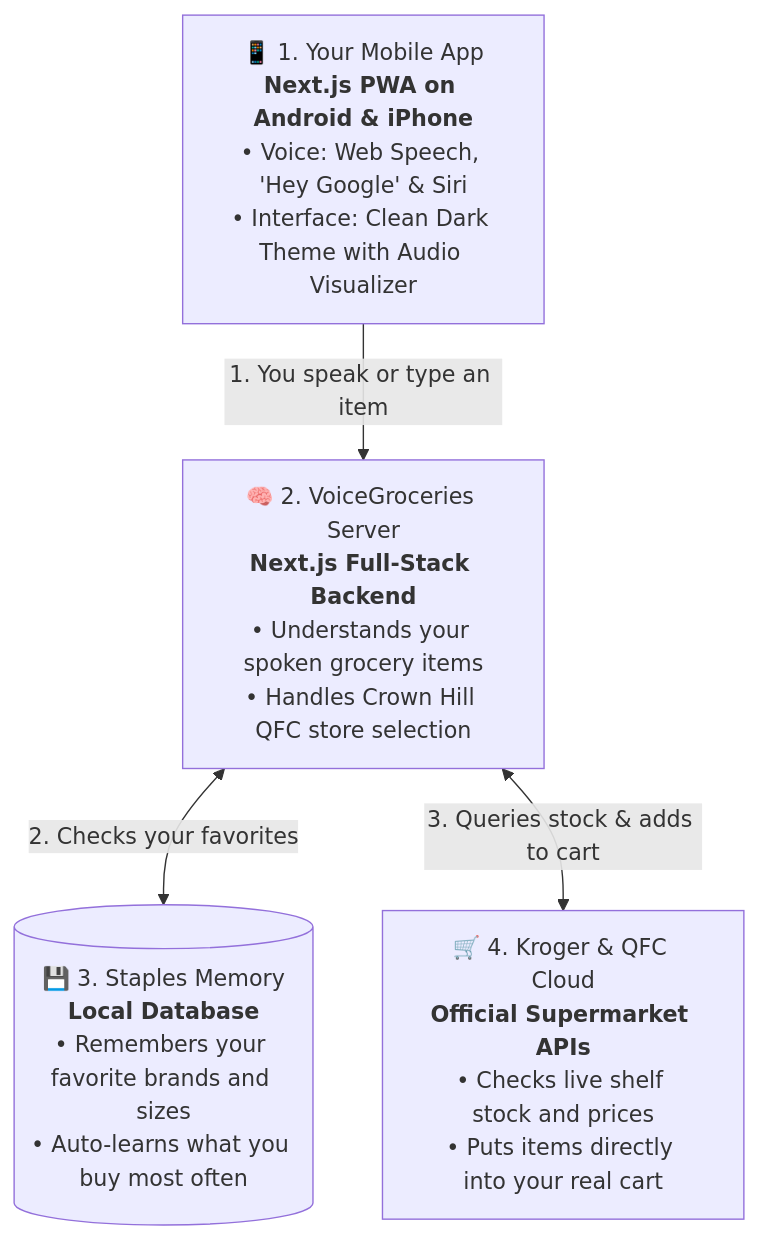
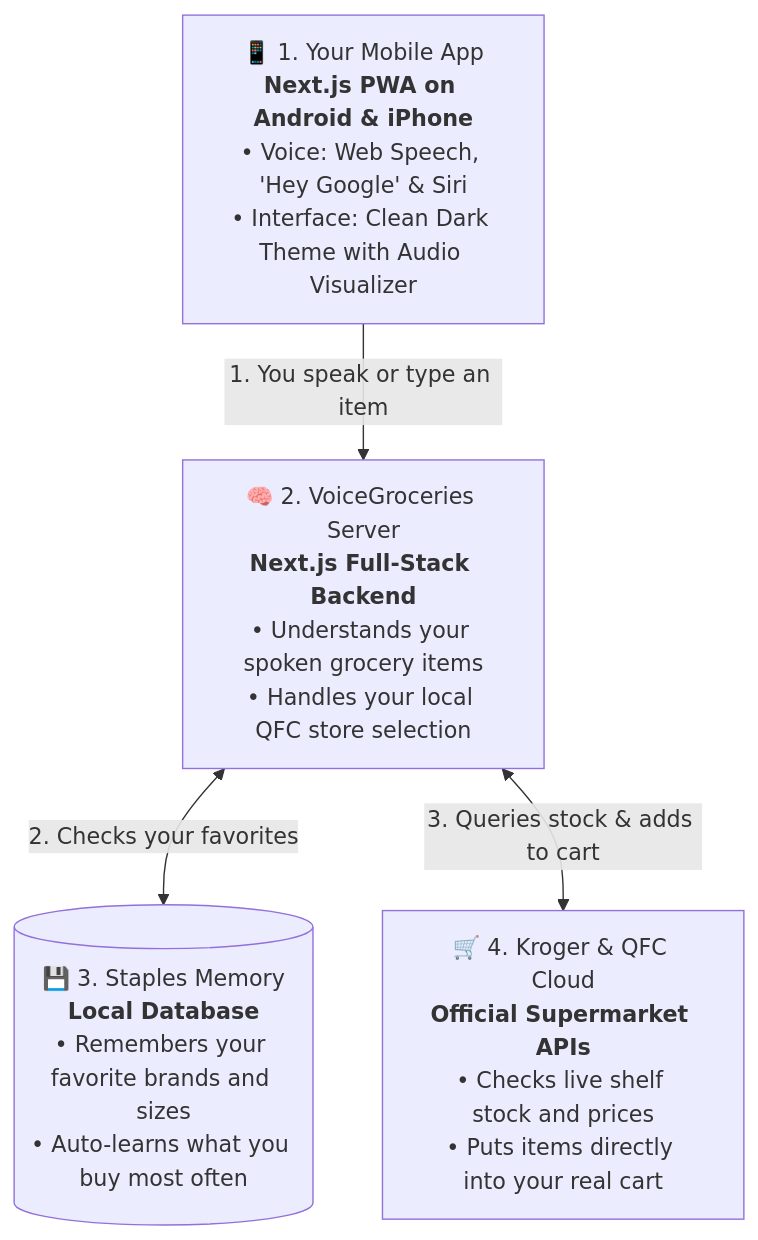
The third of 3 diagrams in README.md (ggrossvi/voice-grocery), drawn with Mermaid before and after one commit. The commit also changed other lines of this file, not shown here.

Commit message:
docs: generalize store references in README to your local QFC store

````diff
--- a/README.md
+++ b/README.md
@@ -33,14 +33,14 @@
 ```mermaid
 flowchart TD
     APP["📱 1. Your Mobile App<br/><b>Next.js PWA on Android & iPhone</b><br/>• Voice: Web Speech, 'Hey Google' & Siri<br/>• Interface: Clean Dark Theme with Audio Visualizer"]
     
-    SERVER["🧠 2. VoiceGroceries Server<br/><b>Next.js Full-Stack Backend</b><br/>• Understands your spoken grocery items<br/>• Handles Crown Hill QFC store selection"]
+    SERVER["🧠 2. VoiceGroceries Server<br/><b>Next.js Full-Stack Backend</b><br/>• Understands your spoken grocery items<br/>• Handles your local QFC store selection"]
     
     MEMORY[("💾 3. Staples Memory<br/><b>Local Database</b><br/>• Remembers your favorite brands and sizes<br/>• Auto-learns what you buy most often")]
     
     KROGER["🛒 4. Kroger & QFC Cloud<br/><b>Official Supermarket APIs</b><br/>• Checks live shelf stock and prices<br/>• Puts items directly into your real cart"]
 
     APP -->|"1. You speak or type an item"| SERVER
     SERVER <-->|"2. Checks your favorites"| MEMORY
     SERVER <-->|"3. Queries stock & adds to cart"| KROGER
 ```
````
